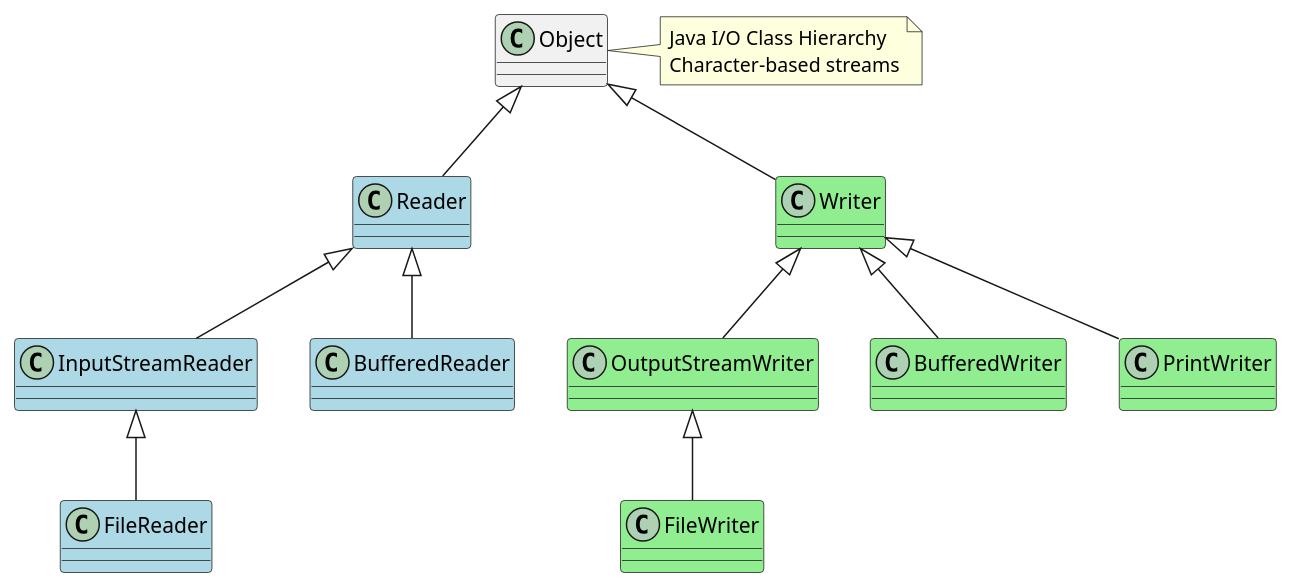
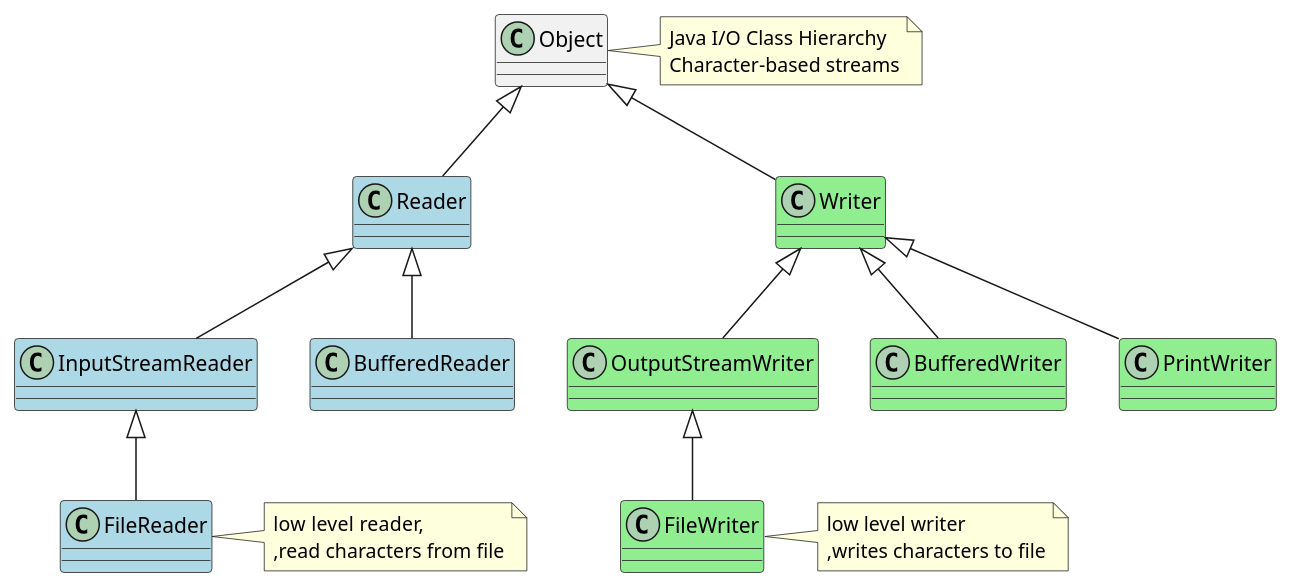
The diagram in src/main/java/fileio/text_java_io.puml (huyhai1994/leetcode), drawn with PlantUML before and after one commit. The commit also changed 1 other file, not shown here.

Commit message:
add binary java io diagram

```diff
--- a/src/main/java/fileio/text_java_io.puml
+++ b/src/main/java/fileio/text_java_io.puml
@@ -1,38 +1,47 @@
 @startuml
 
 ' Define classes with colors
 class Object
 
 ' Reader hierarchy (blue)
 class Reader #lightblue
 class InputStreamReader #lightblue
 class FileReader #lightblue
 class BufferedReader #lightblue
 
 ' Writer hierarchy (green)
 class Writer #lightgreen
 class OutputStreamWriter #lightgreen
 class FileWriter #lightgreen
 class BufferedWriter #lightgreen
 class PrintWriter #lightgreen
 
 ' Inheritance relationships
 Object <|-- Reader
 Object <|-- Writer
 
 Reader <|-- InputStreamReader
 InputStreamReader <|-- FileReader
 Reader <|-- BufferedReader
 
 Writer <|-- OutputStreamWriter
 OutputStreamWriter <|-- FileWriter
 Writer <|-- BufferedWriter
 Writer <|-- PrintWriter
 
 ' Optional: Add note for context
 note right of Object
   Java I/O Class Hierarchy
   Character-based streams
 end note
 
+note right of FileWriter
+    low level writer
+    ,writes characters to file
+end note
+
+note right of FileReader
+    low level reader,
+    ,read characters from file
+end note
 @enduml
```
